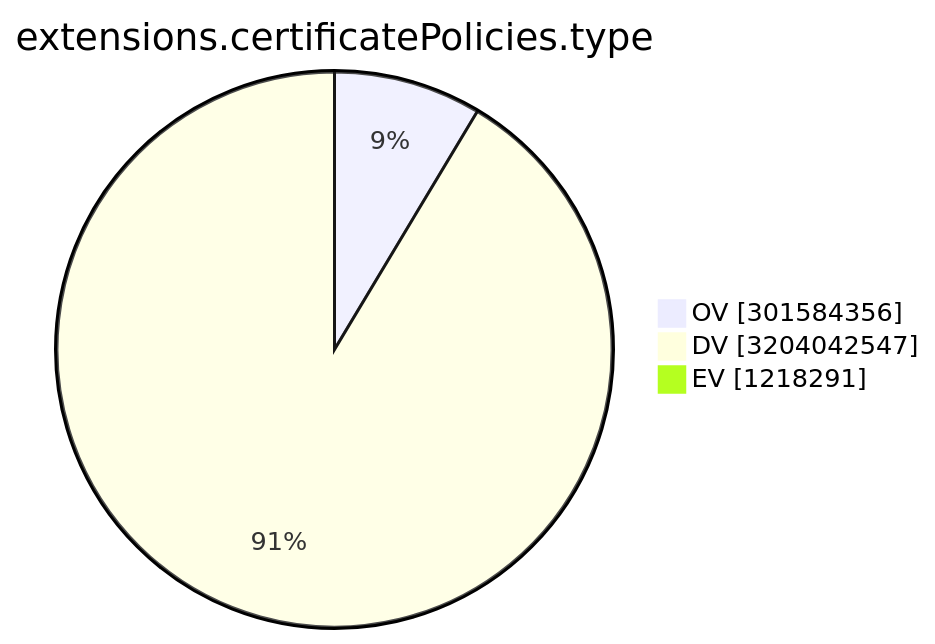
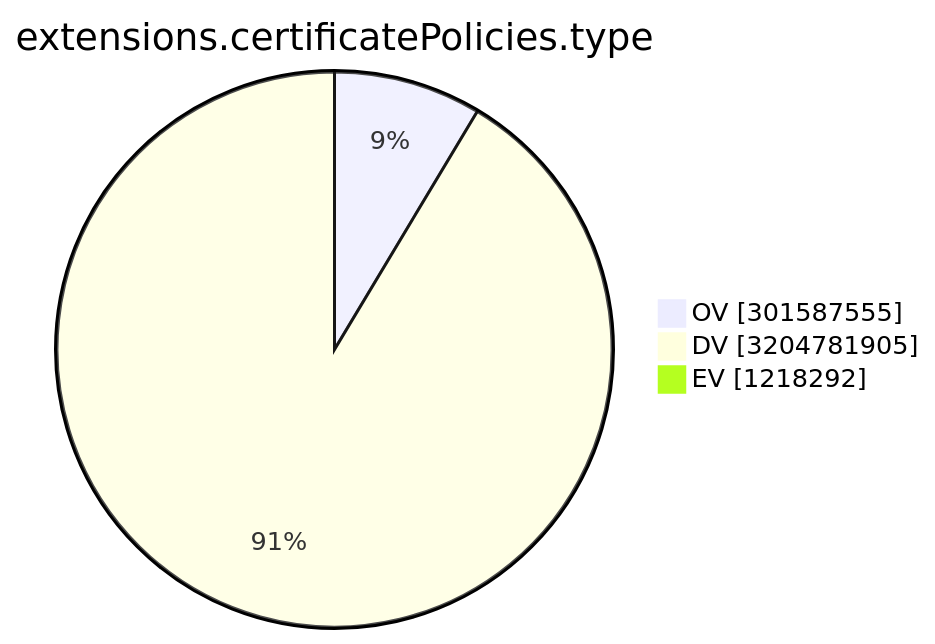
Before and after one commit to christiankrug/ctmonitor_visualization: the ninth of 15 diagrams in TOTAL/README.md, drawn with Mermaid. The commit also changed other lines of this file, not shown here.

````diff
--- a/TOTAL/README.md
+++ b/TOTAL/README.md
@@ -3106,7 +3106,7 @@
 ```mermaid
 pie showData
 title extensions.certificatePolicies.type
-"OV" :301584356
-"DV" :3204042547
-"EV" :1218291
+"OV" :301587555
+"DV" :3204781905
+"EV" :1218292
 ```
````
